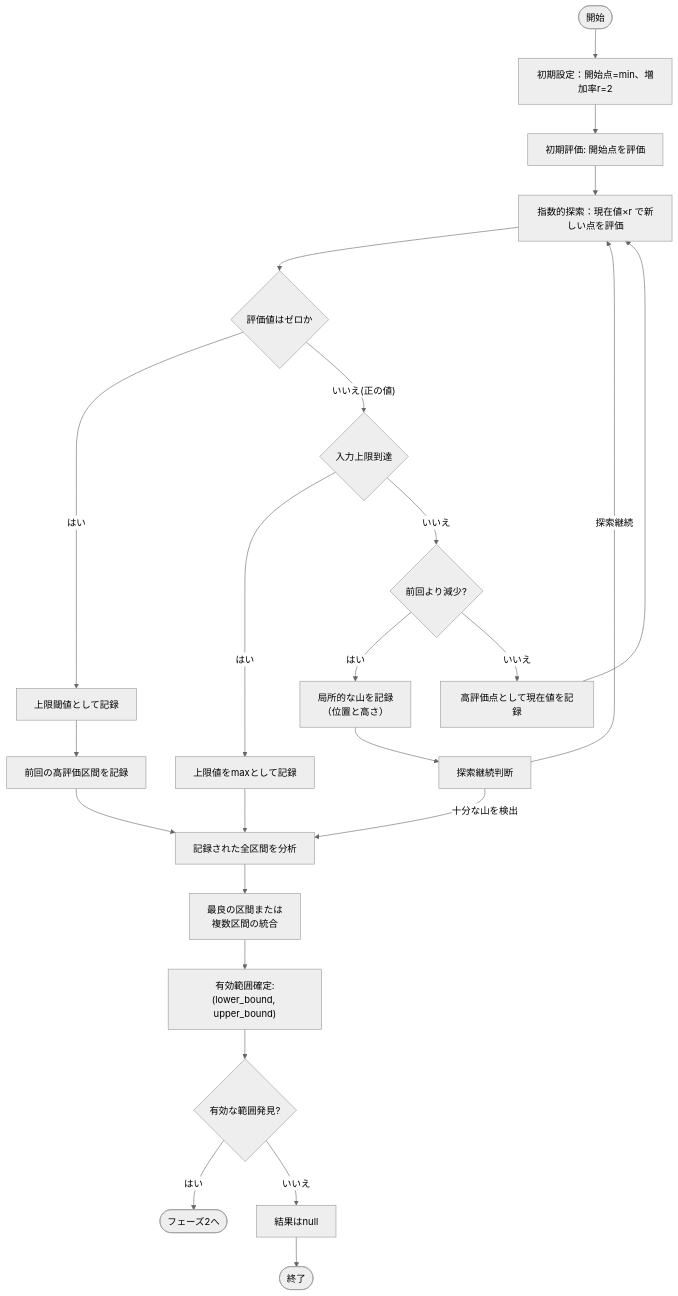
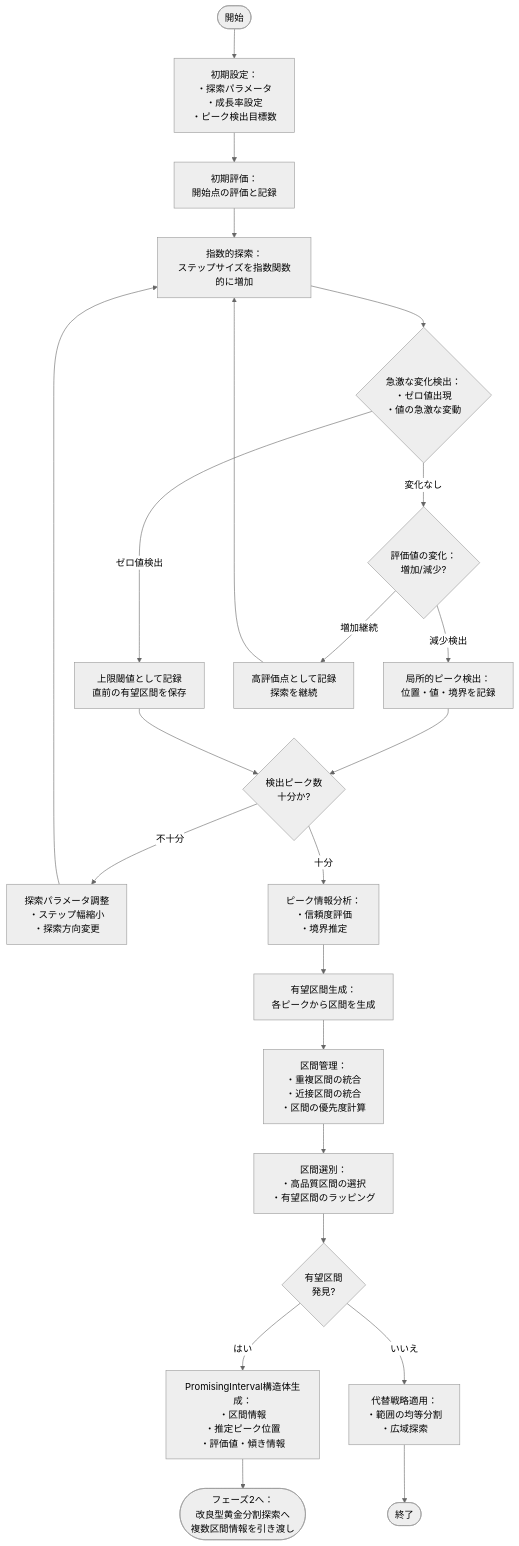
One commit to fathens/zaciraci changed the first of 3 diagrams in diagram/optimization_algorithm_phase1.md. Above: the diagram before and after it, drawn with Mermaid (neutral theme). The commit also changed other lines of this file, not shown here.

First line of the commit message:
docs(algorithm): enhance promising interval integration explanation

````diff
--- a/diagram/optimization_algorithm_phase1.md
+++ b/diagram/optimization_algorithm_phase1.md
@@ -14,33 +24,40 @@
 ```mermaid
 graph TD
-    A(["開始"]) --> B["初期設定：開始点=min、増加率r=2"]
-    B --> C["初期評価: 開始点を評価"]
+    A(["開始"]) --> B["初期設定：<br/>・探索パラメータ<br/>・成長率設定<br/>・ピーク検出目標数"]
+    B --> C["初期評価：<br/>開始点の評価と記録"]
     
-    C --> D["指数的探索：現在値×r で新しい点を評価"]
-    D --> E{"評価値はゼロか"}
-    E -->|"はい"| F["上限閾値として記録"]
-    E -->|"いいえ(正の値)"| G{"入力上限到達"}
+    C --> D["指数的探索：<br/>ステップサイズを指数関数的に増加"]
     
-    F --> H["前回の高評価区間を記録"]
-    G -->|"はい"| I["上限値をmaxとして記録"]
-    G -->|"いいえ"| J{"前回より減少?"}
+    D --> E{"急激な変化検出：<br/>・ゼロ値出現<br/>・値の急激な変動"}
     
-    J -->|"はい"| K["局所的な山を記録<br/>（位置と高さ）"]
-    J -->|"いいえ"| L["高評価点として現在値を記録"]
+    E -->|"ゼロ値検出"| F["上限閾値として記録<br/>直前の有望区間を保存"]
+    E -->|"変化なし"| G{"評価値の変化：<br/>増加/減少?"}
     
-    K --> M["探索継続判断"]
-    L --> D
-    I --> N["記録された全区間を分析"]
-    H --> N
+    G -->|"減少検出"| H["局所的ピーク検出：<br/>位置・値・境界を記録"]
+    G -->|"増加継続"| I["高評価点として記録<br/>探索を継続"]
     
-    M -->|"探索継続"| D
-    M -->|"十分な山を検出"| N
+    H --> J{"検出ピーク数<br/>十分か?"}
+    F --> J
     
-    N --> O["最良の区間または<br/>複数区間の統合"]
-    O --> P["有効範囲確定:<br/>(lower_bound, upper_bound)"]
+    J -->|"不十分"| K["探索パラメータ調整<br/>・ステップ幅縮小<br/>・探索方向変更"]
+    K --> D
+    I --> D
     
-    P --> Q{"有効な範囲発見?"}
-    Q -->|"はい"| R(["フェーズ2へ"])
-    Q -->|"いいえ"| S["結果はnull"]
+    J -->|"十分"| L["ピーク情報分析：<br/>・信頼度評価<br/>・境界推定"]
+    
+    L --> M["有望区間生成：<br/>各ピークから区間を生成"]
+    
+    M --> N["区間管理：<br/>・重複区間の統合<br/>・近接区間の統合<br/>・区間の優先度計算"]
+    
+    N --> O["区間選別：<br/>・高品質区間の選択<br/>・有望区間のラッピング"]
+    
+    O --> P{"有望区間<br/>発見?"}
+    
+    P -->|"はい"| Q["PromisingInterval構造体生成：<br/>・区間情報<br/>・推定ピーク位置<br/>・評価値・傾き情報"]
+    
+    Q --> R(["フェーズ2へ：<br/>改良型黄金分割探索へ<br/>複数区間情報を引き渡し"])
+    
+    P -->|"いいえ"| S["代替戦略適用：<br/>・範囲の均等分割<br/>・広域探索"]
+    
     S --> T(["終了"])
 ```
````
